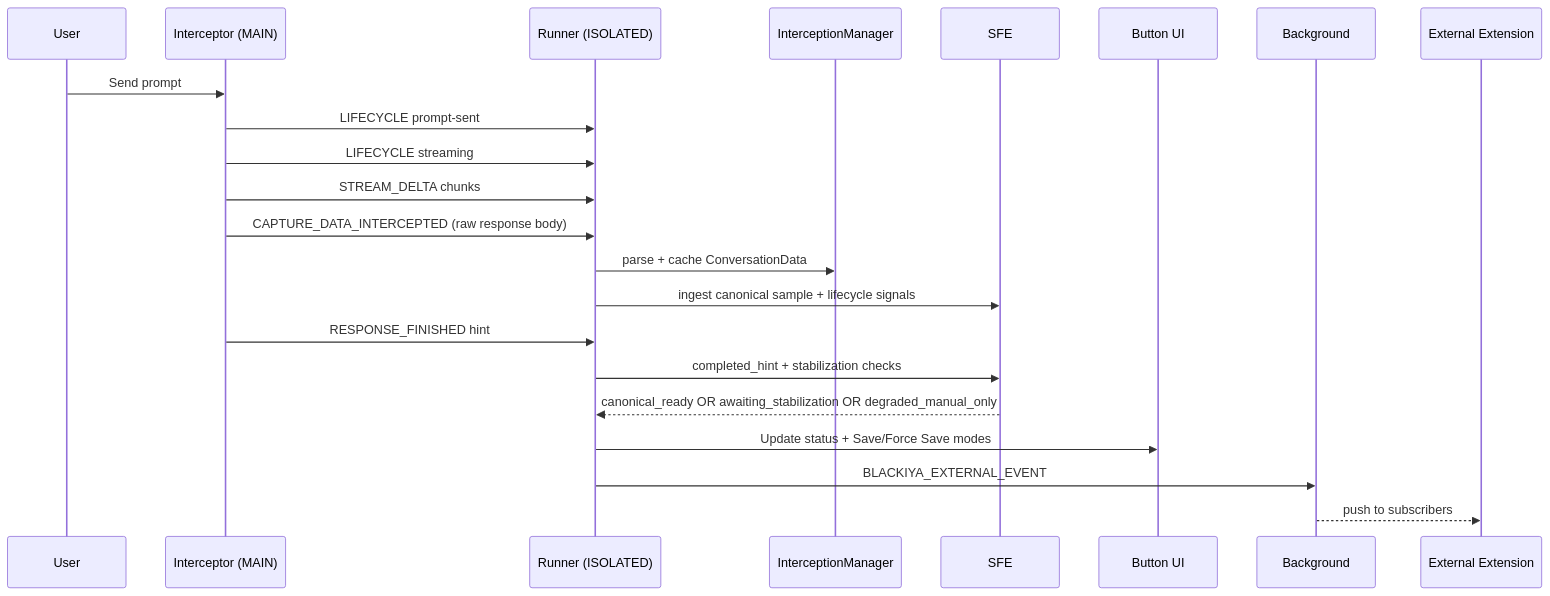
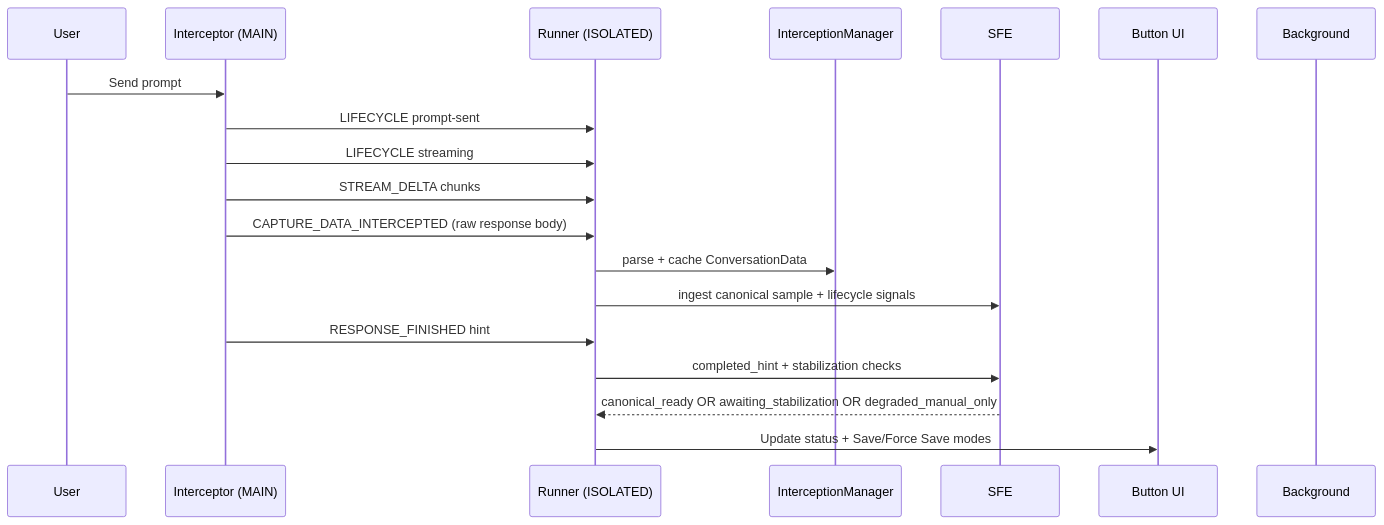
Before and after one commit to ragaeeb/blackiya: the second of 2 diagrams in docs/architecture.md, drawn with Mermaid. The commit also changed other lines of this file and 76 other files, not shown here.

````diff
--- a/docs/architecture.md
+++ b/docs/architecture.md
@@ -141,25 +138,22 @@
 ```mermaid
 sequenceDiagram
     participant U as User
     participant I as Interceptor (MAIN)
     participant R as Runner (ISOLATED)
     participant C as InterceptionManager
     participant S as SFE
     participant UI as Button UI
     participant BG as Background
-    participant EXT as External Extension
 
     U->>I: Send prompt
     I->>R: LIFECYCLE prompt-sent
     I->>R: LIFECYCLE streaming
     I->>R: STREAM_DELTA chunks
     I->>R: CAPTURE_DATA_INTERCEPTED (raw response body)
     R->>C: parse + cache ConversationData
     R->>S: ingest canonical sample + lifecycle signals
     I->>R: RESPONSE_FINISHED hint
     R->>S: completed_hint + stabilization checks
     S-->>R: canonical_ready OR awaiting_stabilization OR degraded_manual_only
     R->>UI: Update status + Save/Force Save modes
-    R->>BG: BLACKIYA_EXTERNAL_EVENT
-    BG-->>EXT: push to subscribers
 ```
````
